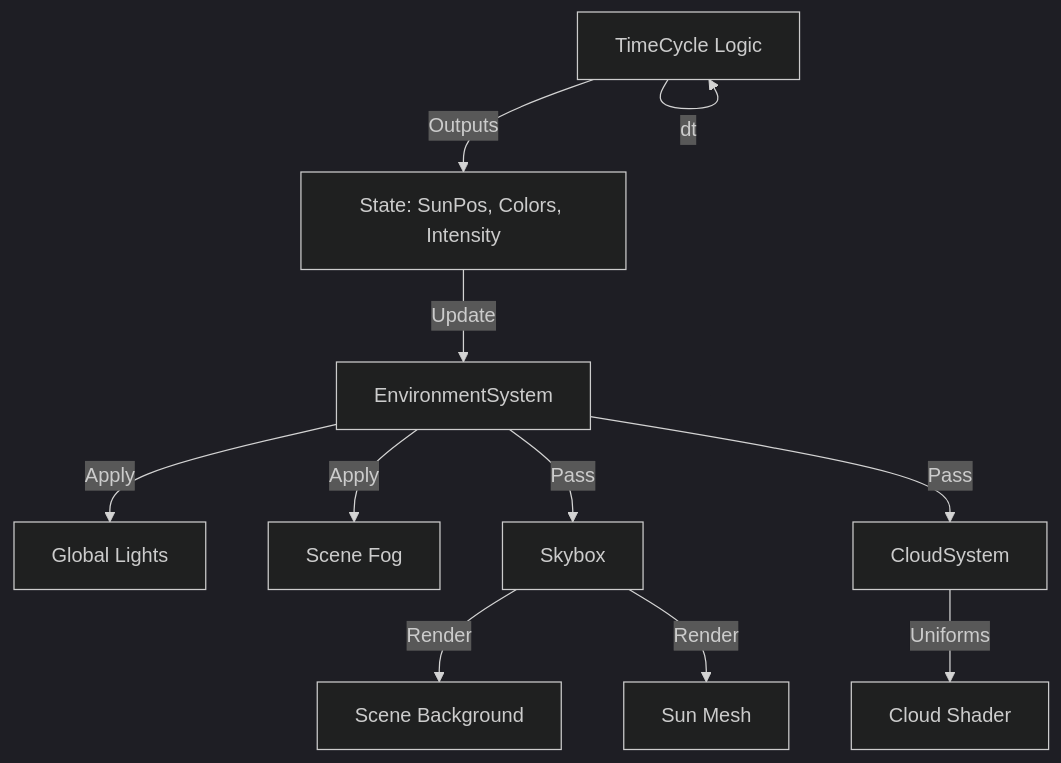
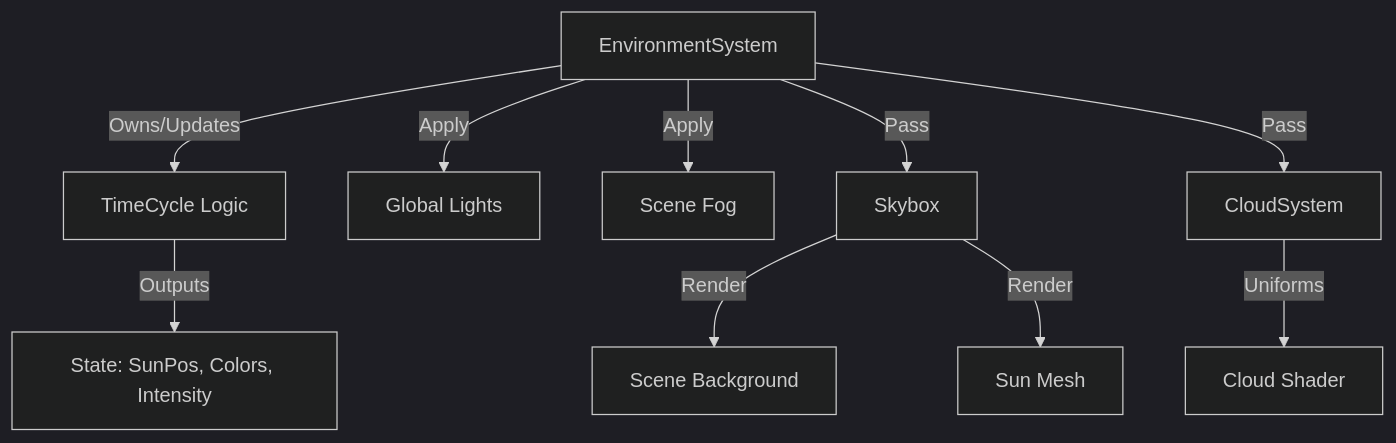
One commit to DanteMarone/Drone-City-Flight changed the diagram in docs/environment_system.md. Above: the diagram before and after it, drawn with Mermaid (dark theme). The commit also changed other lines of this file and 9 other files, not shown here.

Commit message:
Refactor TimeCycle ownership to EnvironmentSystem and fix map export data loss

````diff
--- a/docs/environment_system.md
+++ b/docs/environment_system.md
@@ -18,16 +18,15 @@
 ```mermaid
 graph TD
-    TC[TimeCycle Logic] -->|dt| TC
+    Env[EnvironmentSystem] -->|Owns/Updates| TC[TimeCycle Logic]
     TC -->|Outputs| State[State: SunPos, Colors, Intensity]
 
-    State -->|Update| Env[EnvironmentSystem]
     Env -->|Apply| GL[Global Lights]
     Env -->|Apply| Fog[Scene Fog]
 
     Env -->|Pass| Sky[Skybox]
     Sky -->|Render| Bg[Scene Background]
     Sky -->|Render| Sun[Sun Mesh]
 
     Env -->|Pass| Clouds[CloudSystem]
     Clouds -->|Uniforms| Shader[Cloud Shader]
 ```
````
